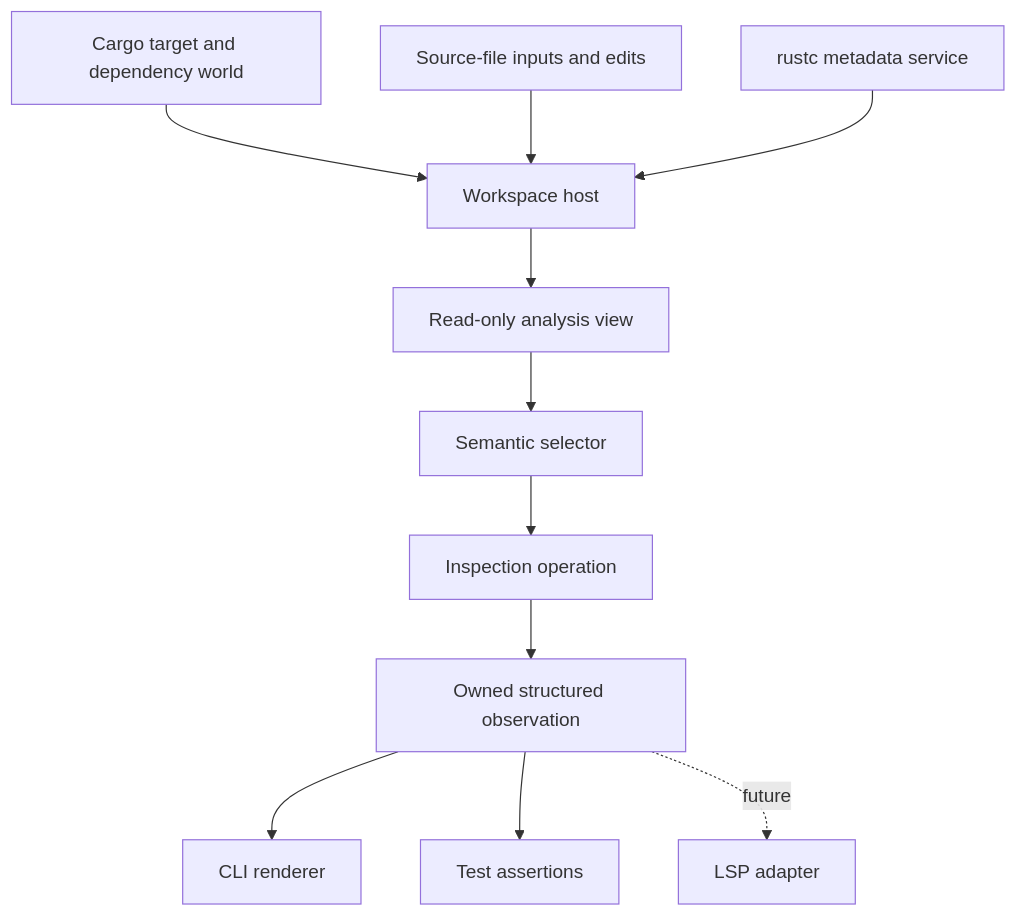
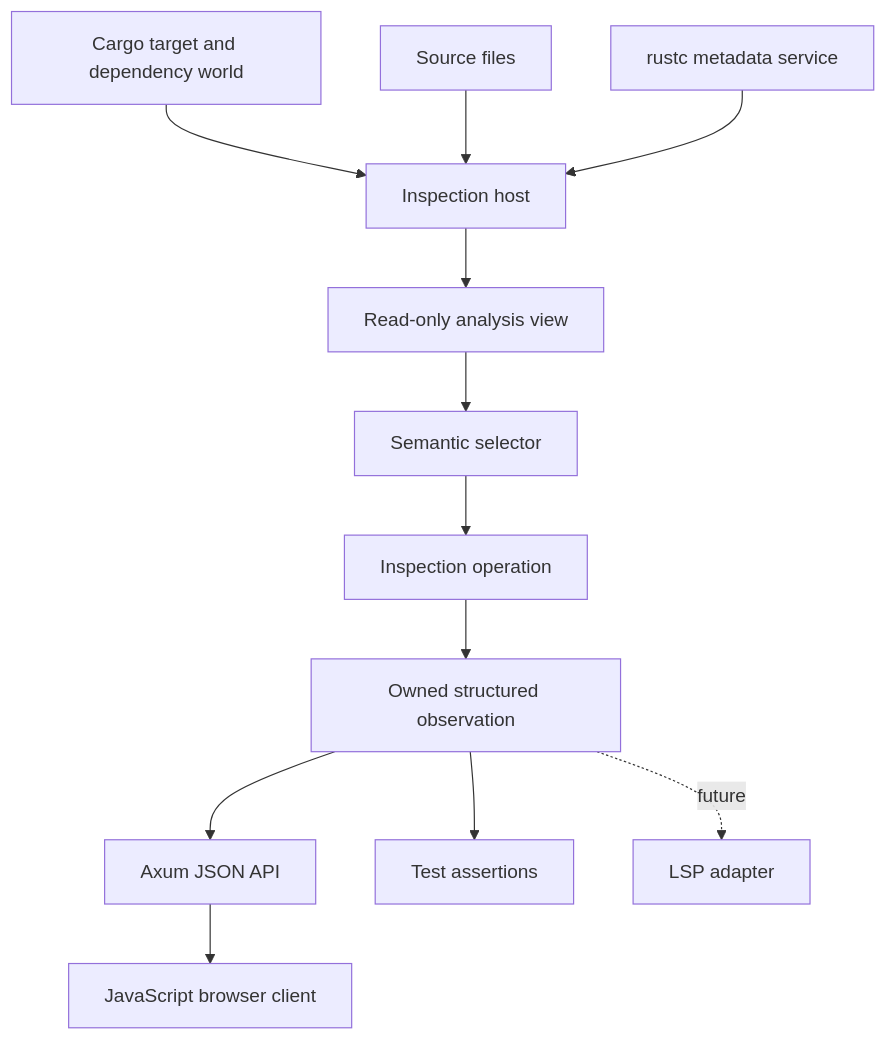
Before and after one commit to nikomatsakis/sage-dev: the diagram in md/rfds/semantic-inspector/README.md, drawn with Mermaid. The commit also changed other lines of this file and 6 other files, not shown here.

````diff
--- a/md/rfds/semantic-inspector/README.md
+++ b/md/rfds/semantic-inspector/README.md
@@ -99,13 +89,14 @@
 ```mermaid
 flowchart TD
-    Cargo[Cargo target and dependency world] --> Host[Workspace host]
-    Files[Source-file inputs and edits] --> Host
+    Cargo[Cargo target and dependency world] --> Host[Inspection host]
+    Files[Source files] --> Host
     Metadata[rustc metadata service] --> Host
     Host --> Analysis[Read-only analysis view]
     Analysis --> Select[Semantic selector]
     Select --> Inspect[Inspection operation]
     Inspect --> Observation[Owned structured observation]
-    Observation --> Cli[CLI renderer]
+    Observation --> Axum[Axum JSON API]
+    Axum --> Web[JavaScript browser client]
     Observation --> Tests[Test assertions]
     Observation -. future .-> Lsp[LSP adapter]
 ```
````
